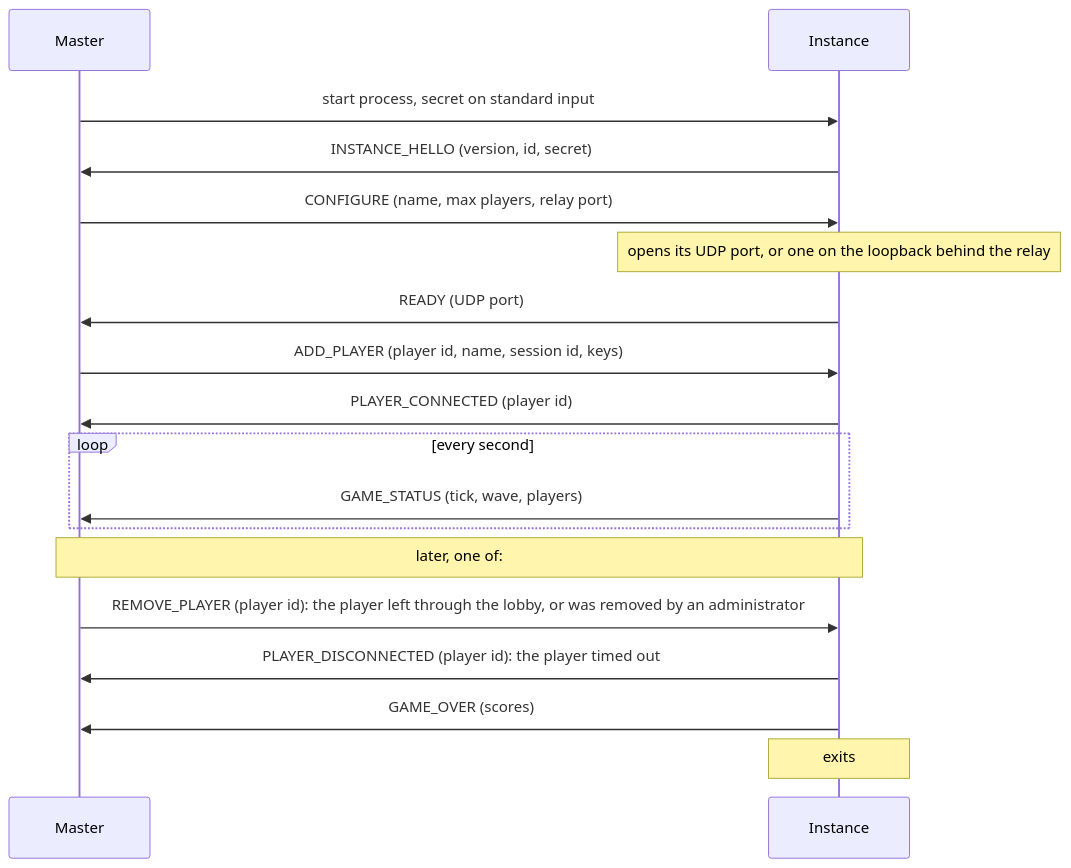
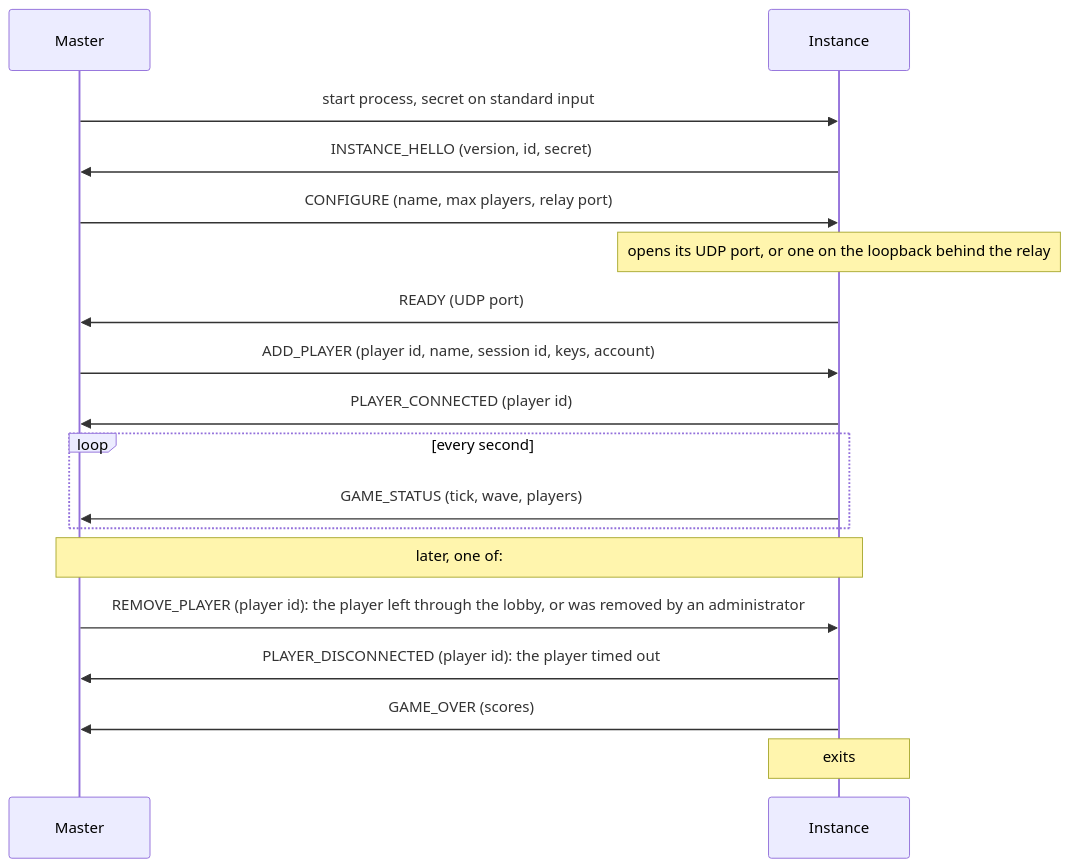
The diagram in docs/protocol/instances.md (Akinator31/Rtype), drawn with Mermaid before and after one commit. The commit also changed other lines of this file and 10 other files, not shown here.

````diff
--- a/docs/protocol/instances.md
+++ b/docs/protocol/instances.md
@@ -47,20 +48,20 @@
 ```mermaid
 sequenceDiagram
     participant M as Master
     participant I as Instance
     M->>I: start process, secret on standard input
     I->>M: INSTANCE_HELLO (version, id, secret)
     M->>I: CONFIGURE (name, max players, relay port)
     Note over I: opens its UDP port, or one on the loopback behind the relay
     I->>M: READY (UDP port)
-    M->>I: ADD_PLAYER (player id, name, session id, keys)
+    M->>I: ADD_PLAYER (player id, name, session id, keys, account)
     I->>M: PLAYER_CONNECTED (player id)
     loop every second
         I->>M: GAME_STATUS (tick, wave, players)
     end
     Note over M,I: later, one of:
     M->>I: REMOVE_PLAYER (player id): the player left through the lobby, or was removed by an administrator
     I->>M: PLAYER_DISCONNECTED (player id): the player timed out
     I->>M: GAME_OVER (scores)
     Note over I: exits
 ```
````
